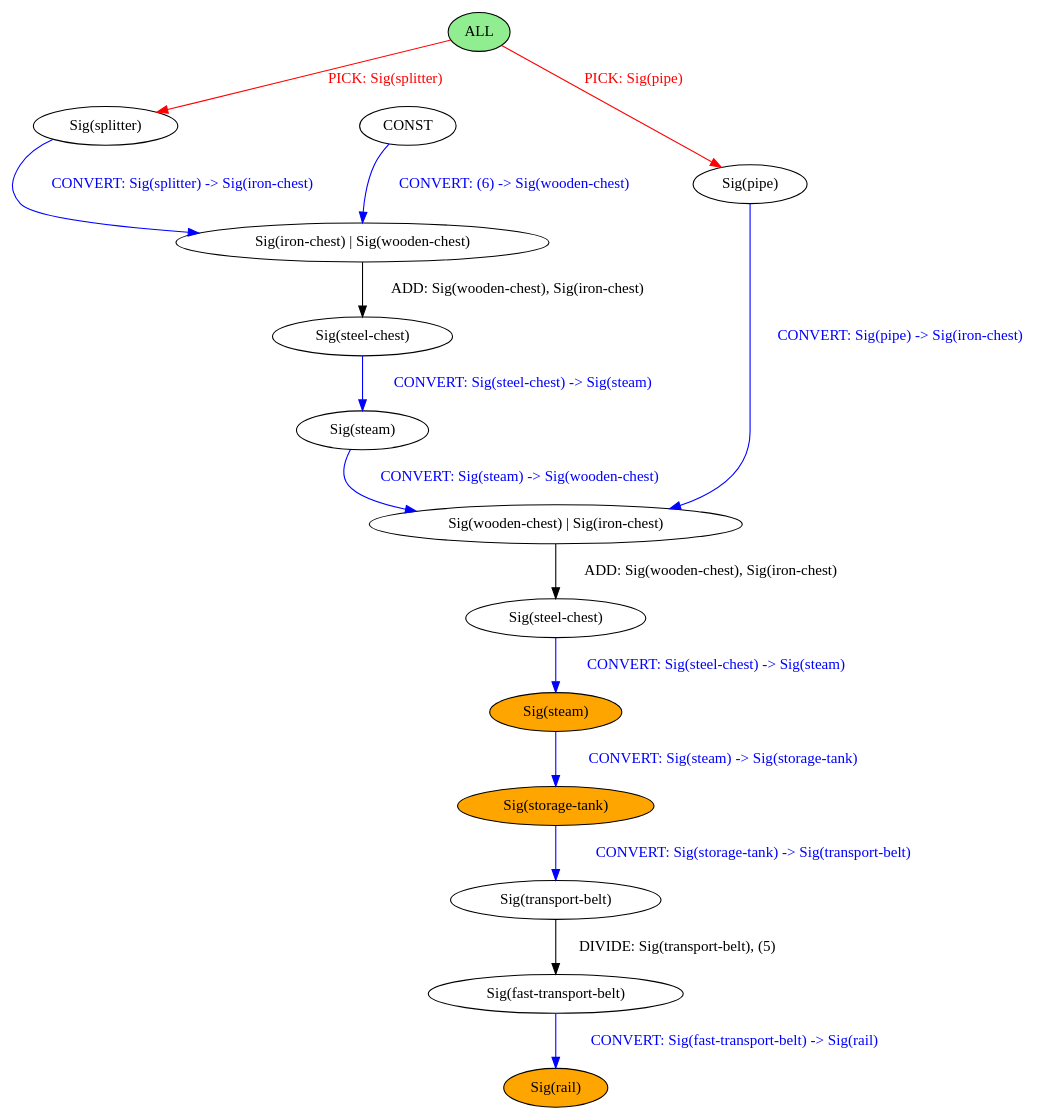
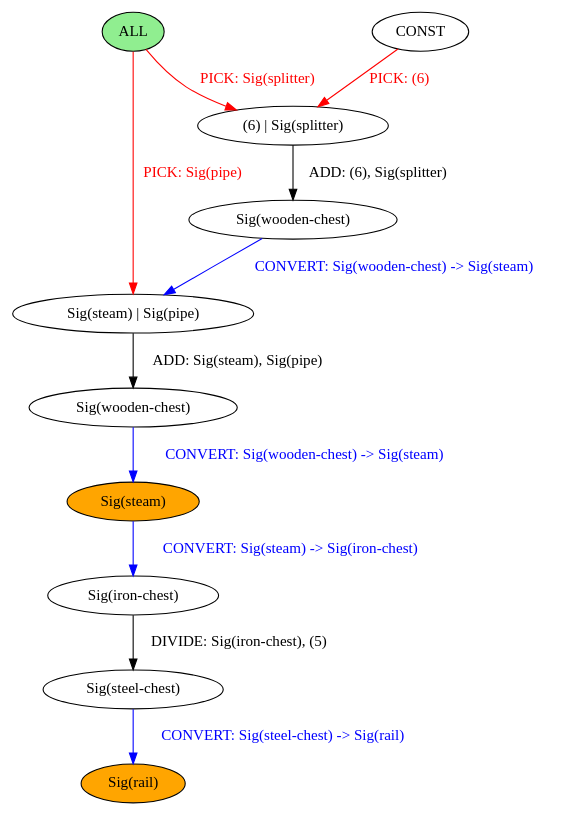
The diagram in chef/example_outputs/link_block.dot (BalderHolst/chef), drawn with Graphviz before and after one commit. The commit also changed 10 other files, not shown here.

Commit message:
Update and check new compiled dot graphs

```diff
--- a/chef/example_outputs/link_block.dot
+++ b/chef/example_outputs/link_block.dot
@@ -1,31 +1,23 @@
 strict digraph {
 	nodesep=1
-	5	[style=filled fillcolor=white label="Sig(iron-chest) | Sig(wooden-chest)"]
-	4	[style=filled fillcolor=white label="Sig(steel-chest)"]
-	7	[style=filled fillcolor=white label="Sig(splitter)"]
+	7	[style=filled fillcolor=white label="Sig(wooden-chest)"]
+	6	[style=filled fillcolor=white label="CONST"]
 	0	[style=filled fillcolor=lightgreen label="ALL"]
-	13	[style=filled fillcolor=orange label="Sig(steam)"]
-	12	[style=filled fillcolor=white label="Sig(wooden-chest) | Sig(iron-chest)"]
-	15	[style=filled fillcolor=white label="Sig(steam)"]
-	14	[style=filled fillcolor=white label="Sig(pipe)"]
-	8	[style=filled fillcolor=white label="CONST"]
-	11	[style=filled fillcolor=white label="Sig(steel-chest)"]
-	21	[style=filled fillcolor=white label="Sig(transport-belt)"]
-	23	[style=filled fillcolor=orange label="Sig(rail)"]
-	22	[style=filled fillcolor=white label="Sig(fast-transport-belt)"]
-	18	[style=filled fillcolor=orange label="Sig(storage-tank)"]
-	5 -> 4	[label="ADD: Sig(wooden-chest), Sig(iron-chest)" color=black fontcolor=black]
-	4 -> 15	[label="CONVERT: Sig(steel-chest) -> Sig(steam)" color=blue fontcolor=blue]
-	7 -> 5	[label="CONVERT: Sig(splitter) -> Sig(iron-chest)" color=blue fontcolor=blue]
-	0 -> 14	[label="PICK: Sig(pipe)" color=red fontcolor=red]
-	0 -> 7	[label="PICK: Sig(splitter)" color=red fontcolor=red]
-	13 -> 18	[label="CONVERT: Sig(steam) -> Sig(storage-tank)" color=blue fontcolor=blue]
-	12 -> 11	[label="ADD: Sig(wooden-chest), Sig(iron-chest)" color=black fontcolor=black]
-	15 -> 12	[label="CONVERT: Sig(steam) -> Sig(wooden-chest)" color=blue fontcolor=blue]
-	14 -> 12	[label="CONVERT: Sig(pipe) -> Sig(iron-chest)" color=blue fontcolor=blue]
-	8 -> 5	[label="CONVERT: (6) -> Sig(wooden-chest)" color=blue fontcolor=blue]
-	11 -> 13	[label="CONVERT: Sig(steel-chest) -> Sig(steam)" color=blue fontcolor=blue]
-	21 -> 22	[label="DIVIDE: Sig(transport-belt), (5)" color=black fontcolor=black]
-	22 -> 23	[label="CONVERT: Sig(fast-transport-belt) -> Sig(rail)" color=blue fontcolor=blue]
-	18 -> 21	[label="CONVERT: Sig(storage-tank) -> Sig(transport-belt)" color=blue fontcolor=blue]
+	13	[style=filled fillcolor=white label="Sig(steam) | Sig(pipe)"]
+	12	[style=filled fillcolor=white label="Sig(wooden-chest)"]
+	9	[style=filled fillcolor=orange label="Sig(steam)"]
+	8	[style=filled fillcolor=white label="(6) | Sig(splitter)"]
+	17	[style=filled fillcolor=white label="Sig(steel-chest)"]
+	16	[style=filled fillcolor=white label="Sig(iron-chest)"]
+	18	[style=filled fillcolor=orange label="Sig(rail)"]
+	7 -> 13	[label="CONVERT: Sig(wooden-chest) -> Sig(steam)" color=blue fontcolor=blue]
+	6 -> 8	[label="PICK: (6)" color=red fontcolor=red]
+	0 -> 13	[label="PICK: Sig(pipe)" color=red fontcolor=red]
+	0 -> 8	[label="PICK: Sig(splitter)" color=red fontcolor=red]
+	13 -> 12	[label="ADD: Sig(steam), Sig(pipe)" color=black fontcolor=black]
+	12 -> 9	[label="CONVERT: Sig(wooden-chest) -> Sig(steam)" color=blue fontcolor=blue]
+	9 -> 16	[label="CONVERT: Sig(steam) -> Sig(iron-chest)" color=blue fontcolor=blue]
+	8 -> 7	[label="ADD: (6), Sig(splitter)" color=black fontcolor=black]
+	17 -> 18	[label="CONVERT: Sig(steel-chest) -> Sig(rail)" color=blue fontcolor=blue]
+	16 -> 17	[label="DIVIDE: Sig(iron-chest), (5)" color=black fontcolor=black]
 }
```
